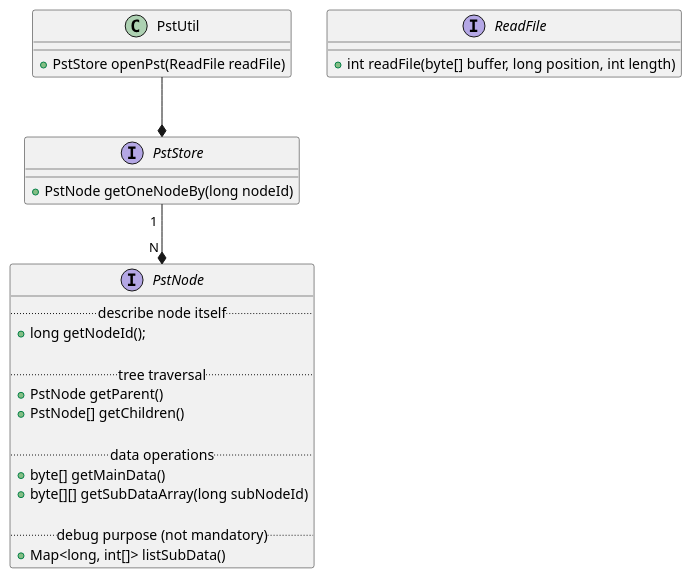
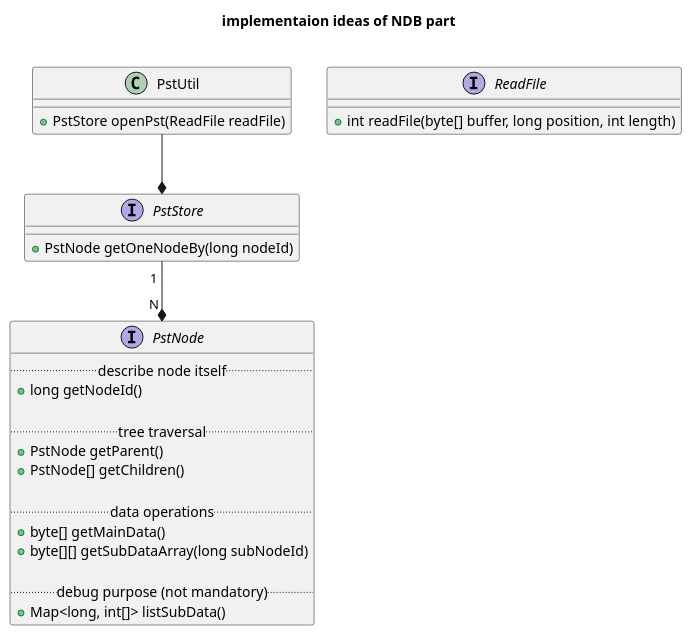
One commit to Kris-LIBIS/ruby-msg changed the second of 4 diagrams in plantuml/base.plantuml. Above: the diagram before and after it, drawn with PlantUML. The commit also changed other lines of this file and 4 other files, not shown here.

```diff
--- a/plantuml/base.plantuml
+++ b/plantuml/base.plantuml
@@ -15,34 +15,35 @@
 @startuml schematic
+title implementaion ideas of NDB part\n
 
 class PstUtil {
     + PstStore openPst(ReadFile readFile)
 }
 
 interface PstStore {
     + PstNode getOneNodeBy(long nodeId)
 }
 
 interface PstNode {
     .. describe node itself ..
-    + long getNodeId();
+    + long getNodeId()
 
     .. tree traversal ..
     + PstNode getParent()
     + PstNode[] getChildren()
 
     .. data operations ..
     + byte[] getMainData()
     + byte[][] getSubDataArray(long subNodeId)
 
     .. debug purpose (not mandatory) ..
     + Map<long, int[]> listSubData()
 }
 
 PstUtil --* PstStore
 PstStore " 1 " --* " N " PstNode
 
 interface ReadFile {
     + int readFile(byte[] buffer, long position, int length)
 }
 
 @enduml
```
